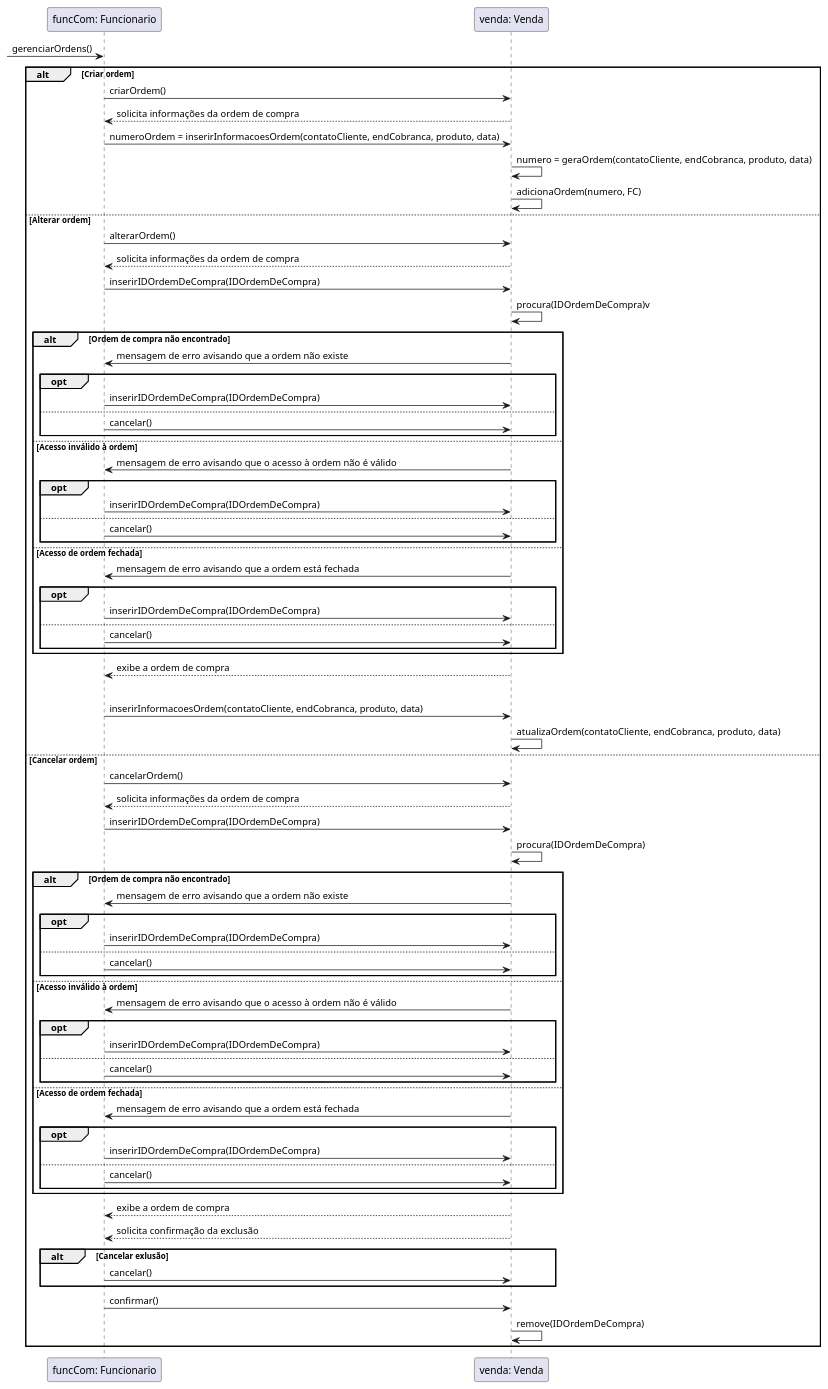
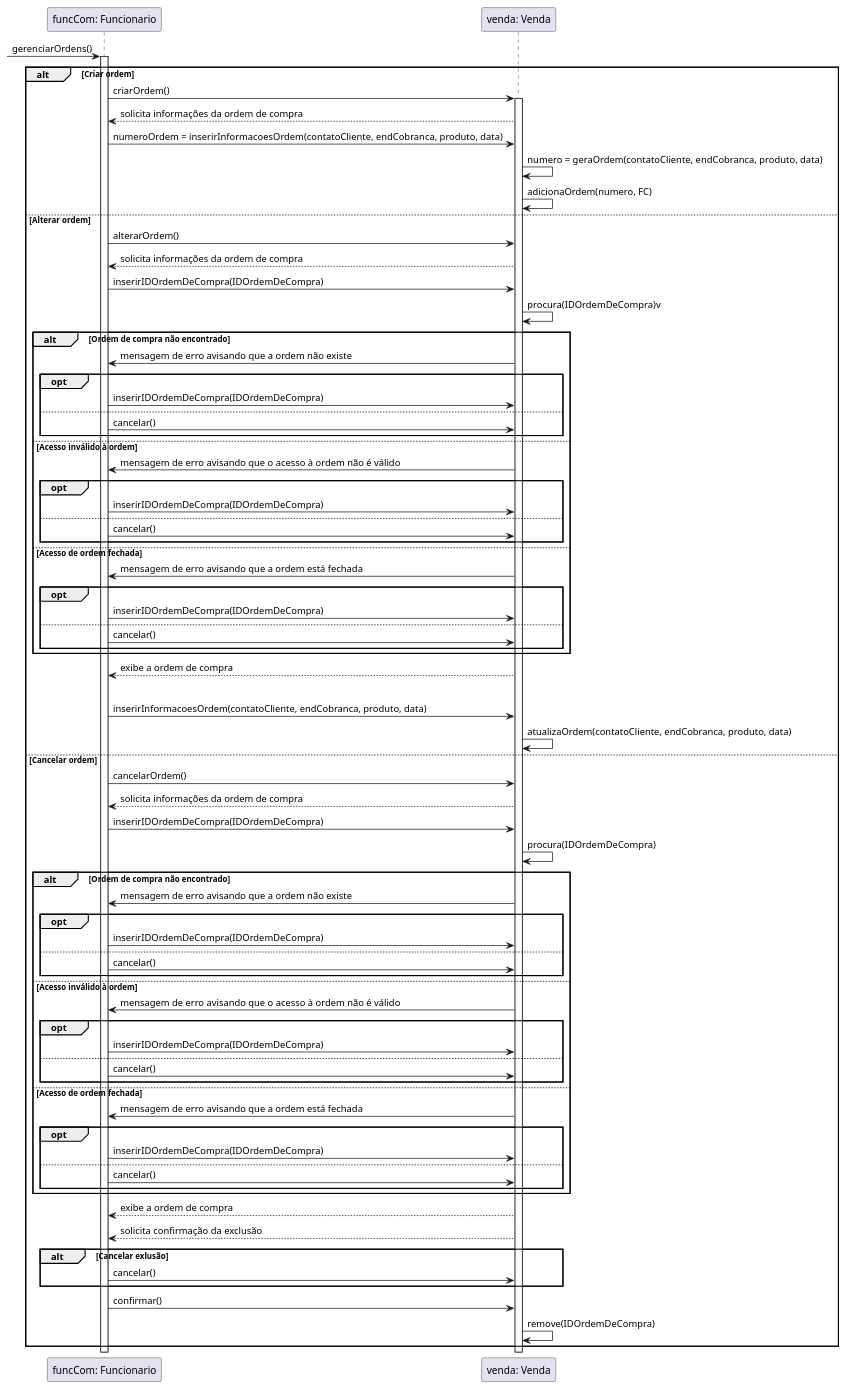
One commit to tikaradate/CI1163-Design_de_Software changed the diagram in casos_de_uso/caso-6/6-DS.plantuml. Above: the diagram before and after it, drawn with PlantUML. The commit also changed 3 other files, not shown here.

```diff
--- a/casos_de_uso/caso-6/6-DS.plantuml
+++ b/casos_de_uso/caso-6/6-DS.plantuml
@@ -1,90 +1,92 @@
 @startuml
 
 ' Participant "afp : Gerente" as AFP
 
 Participant "funcCom: Funcionario" as FC
 ' Participant "empresa : Empresa" as empresa
 ' Participant "listaFun : ListaDeFuncionarios" as listaFuncionarios
 Participant "venda: Venda" as venda
 ' Participant "pgto: Pagamento" as pagamento
 ' Participant "ponto: Ponto" as ponto
 ' Participant "baseProj: BaseDeDadosProjetos" as baseProjeto
 
  -> FC: gerenciarOrdens()
-
+activate FC
 alt Criar ordem
     FC -> venda : criarOrdem()
+    activate venda
+
     FC <-- venda : solicita informações da ordem de compra
     FC -> venda : numeroOrdem = inserirInformacoesOrdem(contatoCliente, endCobranca, produto, data)
     venda -> venda : numero = geraOrdem(contatoCliente, endCobranca, produto, data)
     ' não sei muito sobre essa próxima linha
     venda -> venda : adicionaOrdem(numero, FC) 
 else Alterar ordem
     FC -> venda : alterarOrdem()
     FC <-- venda : solicita informações da ordem de compra
     FC -> venda : inserirIDOrdemDeCompra(IDOrdemDeCompra)
     venda -> venda : procura(IDOrdemDeCompra)v
     alt Ordem de compra não encontrado
         FC <- venda : mensagem de erro avisando que a ordem não existe
         opt
             FC -> venda : inserirIDOrdemDeCompra(IDOrdemDeCompra)
         else
             FC -> venda : cancelar()
         end
     else Acesso inválido à ordem
         FC <- venda : mensagem de erro avisando que o acesso à ordem não é válido
         opt
             FC -> venda : inserirIDOrdemDeCompra(IDOrdemDeCompra)
         else
             FC -> venda : cancelar()
         end
     else Acesso de ordem fechada
         FC <- venda : mensagem de erro avisando que a ordem está fechada
         opt
             FC -> venda : inserirIDOrdemDeCompra(IDOrdemDeCompra)
         else
             FC -> venda : cancelar()
         end
     end
     FC <-- venda : exibe a ordem de compra 
     |||
     FC -> venda : inserirInformacoesOrdem(contatoCliente, endCobranca, produto, data)
     venda -> venda : atualizaOrdem(contatoCliente, endCobranca, produto, data)
 else Cancelar ordem
     FC -> venda : cancelarOrdem()
     FC <-- venda : solicita informações da ordem de compra
     FC -> venda : inserirIDOrdemDeCompra(IDOrdemDeCompra)
     venda -> venda : procura(IDOrdemDeCompra)
     alt Ordem de compra não encontrado
         FC <- venda : mensagem de erro avisando que a ordem não existe
         opt
             FC -> venda : inserirIDOrdemDeCompra(IDOrdemDeCompra)
         else
             FC -> venda : cancelar()
         end
     else Acesso inválido à ordem
         FC <- venda : mensagem de erro avisando que o acesso à ordem não é válido
         opt
             FC -> venda : inserirIDOrdemDeCompra(IDOrdemDeCompra)
         else
             FC -> venda : cancelar()
         end
     else Acesso de ordem fechada
         FC <- venda : mensagem de erro avisando que a ordem está fechada
         opt
             FC -> venda : inserirIDOrdemDeCompra(IDOrdemDeCompra)
         else
             FC -> venda : cancelar()
         end
     end
     FC <-- venda : exibe a ordem de compra 
     FC <-- venda : solicita confirmação da exclusão
     alt Cancelar exlusão
         FC -> venda : cancelar()
     end
     FC -> venda : confirmar()
     venda -> venda : remove(IDOrdemDeCompra)
 end
 
 
 @enduml
```
